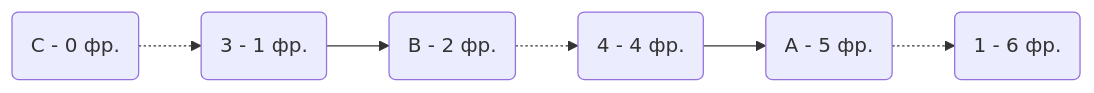
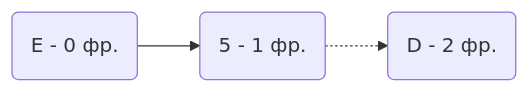
The eighth of 12 diagrams in task_13/Mongolian_tomatoes.md (HSE-algo-23-crow/manual_tasks), drawn with Mermaid before and after one commit. The commit also changed other lines of this file, not shown here.

````diff
--- a/task_13/Mongolian_tomatoes.md
+++ b/task_13/Mongolian_tomatoes.md
@@ -200,4 +202,4 @@
 ```mermaid
 graph LR
-    C(C - 0 фр.)  -.-> 3(3 - 1 фр.) --> B(B - 2 фр.) -.-> 4(4 - 4 фр.) --> A(A - 5 фр.) -.-> 1(1 - 6 фр.)
+    E(E - 0 фр.)  --> 5(5 - 1 фр.) -.-> D(D - 2 фр.)
 ```
````
